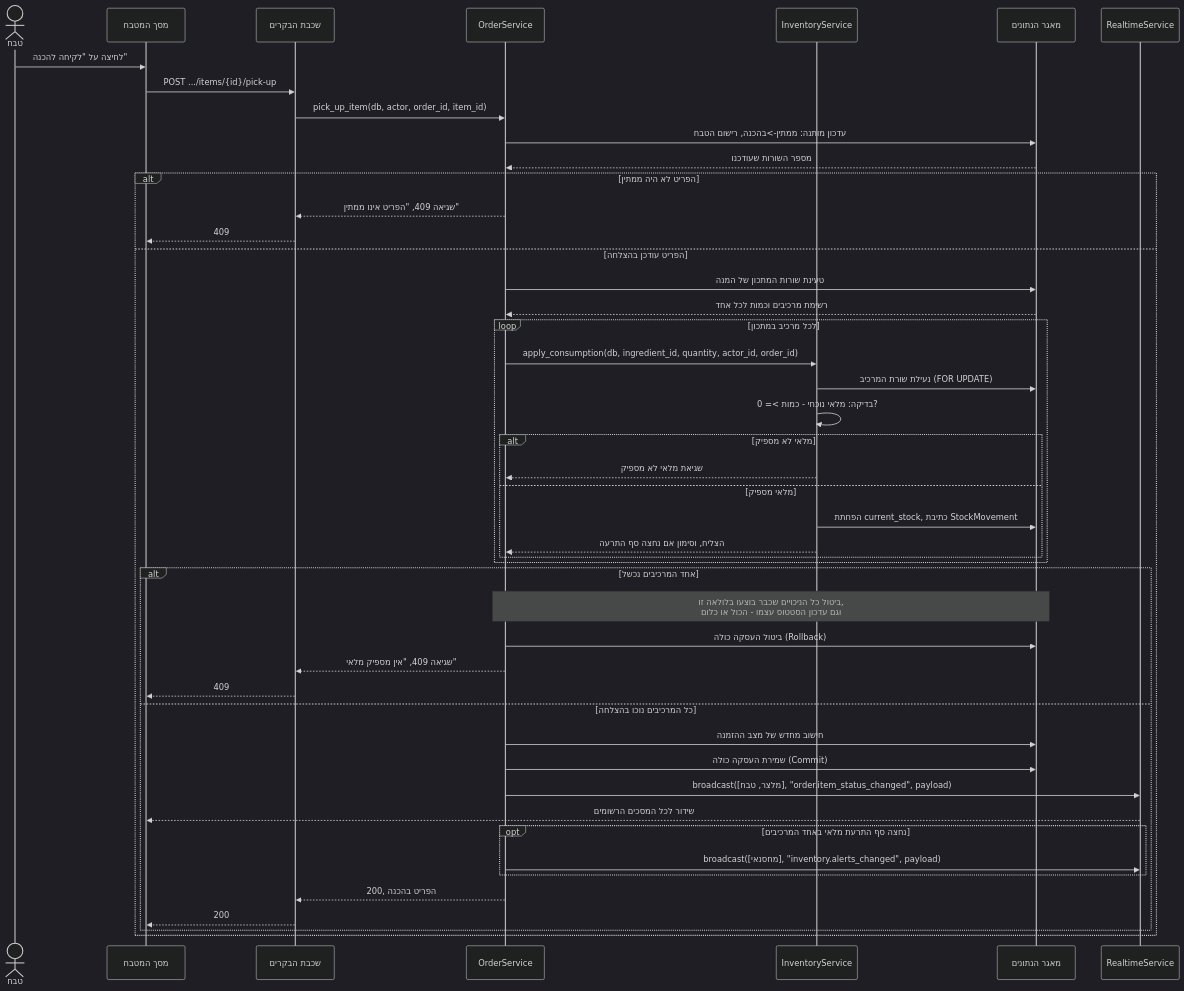
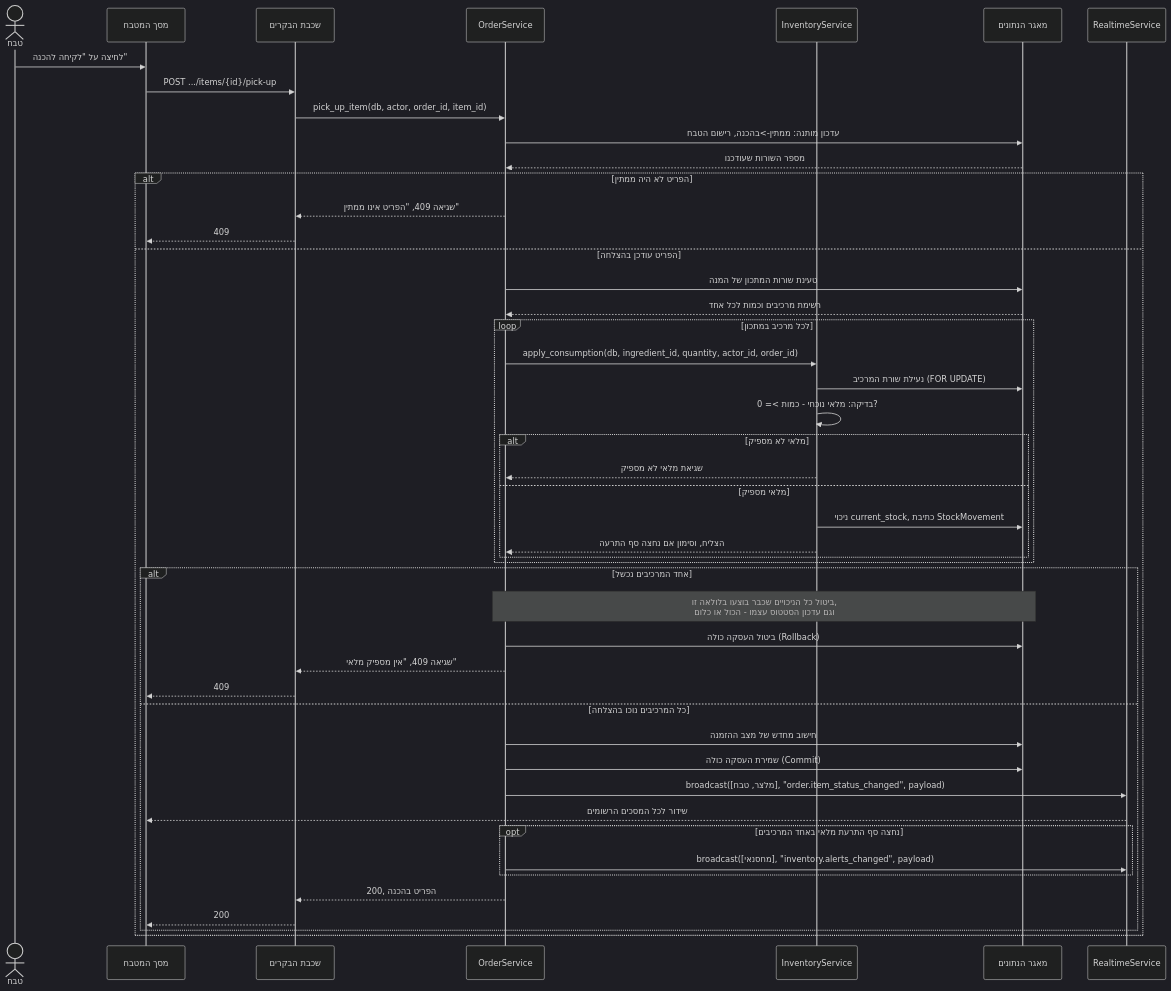
Before and after one commit to RonZaretsky/Restaurant-Kitchen-Management-System: the diagram in מסמכים/הגשה/diagrams/sequence-pickup.md, drawn with Mermaid (dark theme). The commit also changed other lines of this file and 10 other files, not shown here.

````diff
--- a/מסמכים/הגשה/diagrams/sequence-pickup.md
+++ b/מסמכים/הגשה/diagrams/sequence-pickup.md
@@ -3,53 +3,53 @@
 ```mermaid
 sequenceDiagram
     actor Cook as טבח
     participant UI as מסך המטבח
     participant API as שכבת הבקרים
     participant OS as OrderService
     participant IS as InventoryService
     participant DB as מאגר הנתונים
     participant RT as RealtimeService
 
     Cook->>UI: לחיצה על "לקיחה להכנה"
     UI->>API: POST .../items/{id}/pick-up
     API->>OS: pick_up_item(db, actor, order_id, item_id)
     OS->>DB: עדכון מותנה: ממתין->בהכנה, רישום הטבח
     DB-->>OS: מספר השורות שעודכנו
 
     alt הפריט לא היה ממתין
         OS-->>API: שגיאה 409, "הפריט אינו ממתין"
         API-->>UI: 409
     else הפריט עודכן בהצלחה
         OS->>DB: טעינת שורות המתכון של המנה
         DB-->>OS: רשימת מרכיבים וכמות לכל אחד
 
         loop לכל מרכיב במתכון
             OS->>IS: apply_consumption(db, ingredient_id, quantity, actor_id, order_id)
             IS->>DB: נעילת שורת המרכיב (FOR UPDATE)
             IS->>IS: בדיקה: מלאי נוכחי - כמות >= 0?
             alt מלאי לא מספיק
                 IS-->>OS: שגיאת מלאי לא מספיק
             else מלאי מספיק
-                IS->>DB: הפחתת current_stock, כתיבת StockMovement
+                IS->>DB: ניכוי current_stock, כתיבת StockMovement
                 IS-->>OS: הצליח, וסימון אם נחצה סף התרעה
             end
         end
 
         alt אחד המרכיבים נכשל
             Note over OS,DB: ביטול כל הניכויים שכבר בוצעו בלולאה זו,<br/>וגם עדכון הסטטוס עצמו - הכול או כלום
             OS->>DB: ביטול העסקה כולה (Rollback)
             OS-->>API: שגיאה 409, "אין מספיק מלאי"
             API-->>UI: 409
         else כל המרכיבים נוכו בהצלחה
             OS->>DB: חישוב מחדש של מצב ההזמנה
             OS->>DB: שמירת העסקה כולה (Commit)
             OS->>RT: broadcast([מלצר, טבח], "order.item_status_changed", payload)
             RT-->>UI: שידור לכל המסכים הרשומים
             opt נחצה סף התרעת מלאי באחד המרכיבים
                 OS->>RT: broadcast([מחסנאי], "inventory.alerts_changed", payload)
             end
             OS-->>API: 200, הפריט בהכנה
             API-->>UI: 200
         end
     end
 ```
````
